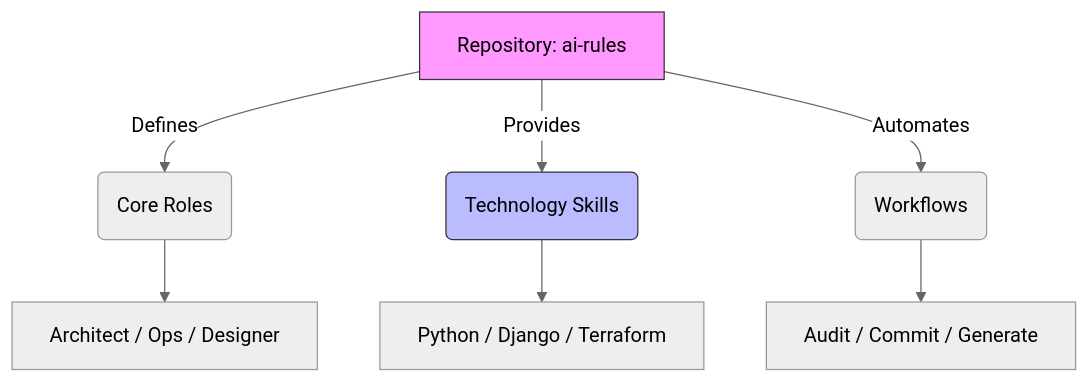
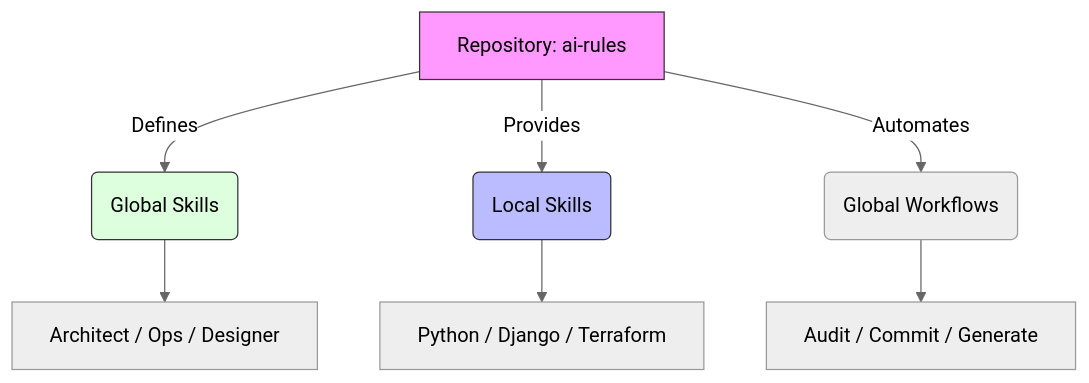
Before and after one commit to migasfree/ai-rules: the diagram in role_audit_report.md, drawn with Mermaid (neutral theme). The commit also changed other lines of this file and 5 other files, not shown here.

````diff
--- a/role_audit_report.md
+++ b/role_audit_report.md
@@ -24,13 +22,14 @@
 ```mermaid
 graph TD
-    A[Repository: ai-rules] -->|Defines| B(Core Roles)
-    A -->|Provides| C(Technology Skills)
-    A -->|Automates| D(Workflows)
+    A[Repository: ai-rules] -->|Defines| B(Global Skills)
+    A -->|Provides| C(Local Skills)
+    A -->|Automates| D(Global Workflows)
     
     B --> E[Architect / Ops / Designer]
     C --> F[Python / Django / Terraform]
     D --> G[Audit / Commit / Generate]
     
     style A fill:#f9f,stroke:#333
+    style B fill:#dfd,stroke:#333
     style C fill:#bbf,stroke:#333
 ```
````
